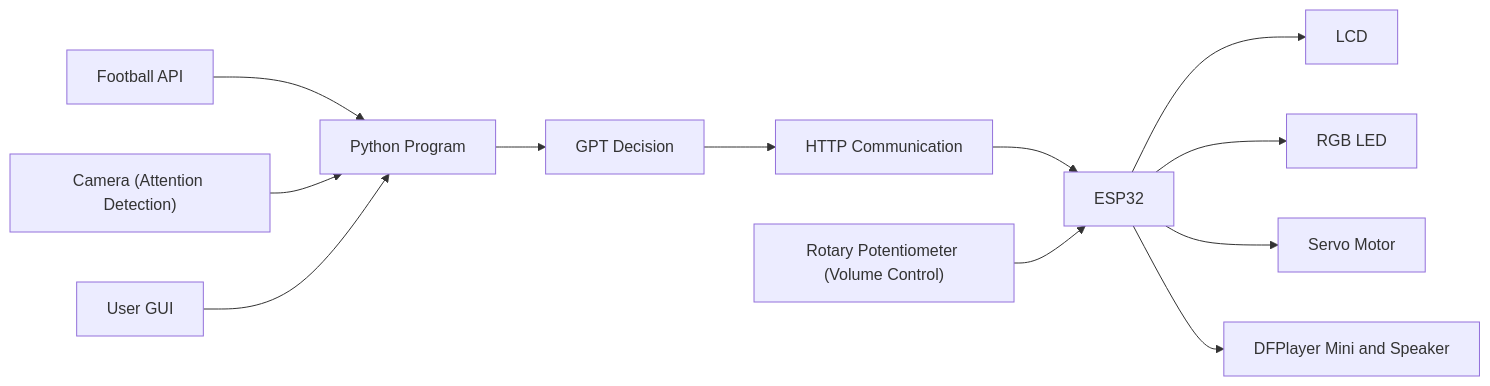
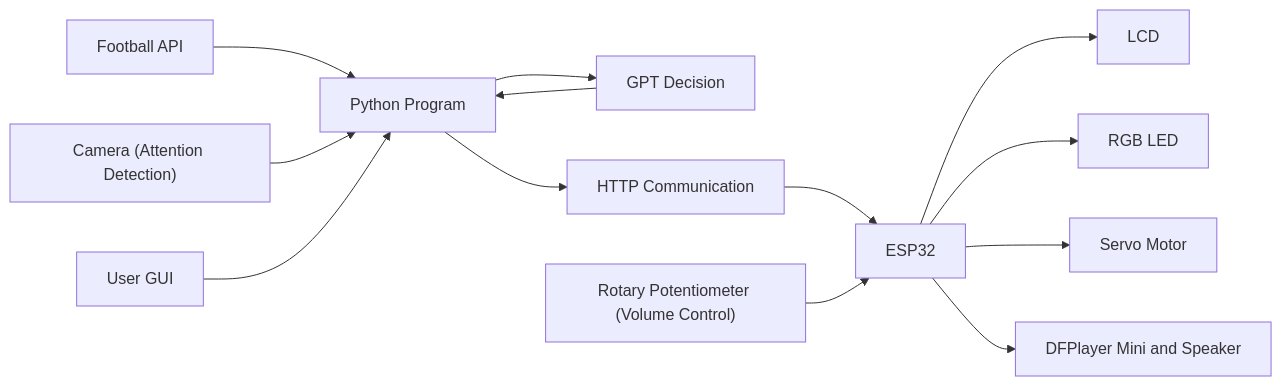
The diagram in README.md (roger-afk802/Football-Assistant-Device), drawn with Mermaid before and after one commit.

````diff
--- a/README.md
+++ b/README.md
@@ -26,18 +26,19 @@
 ```mermaid
 flowchart LR
 
 A["Football API"] --> D["Python Program"]
 B["Camera (Attention Detection)"] --> D
 C["User GUI"] --> D
 
 D --> E["GPT Decision"]
-E --> F["HTTP Communication"]
+E-->D["Python Program"]
+D --> F["HTTP Communication"]
 F --> G["ESP32"]
 
 M["Rotary Potentiometer (Volume Control)"] --> G
 
 G --> H["LCD"]
 G --> I["RGB LED"]
 G --> J["Servo Motor"]
 G --> K["DFPlayer Mini and Speaker"]
 ```
````
